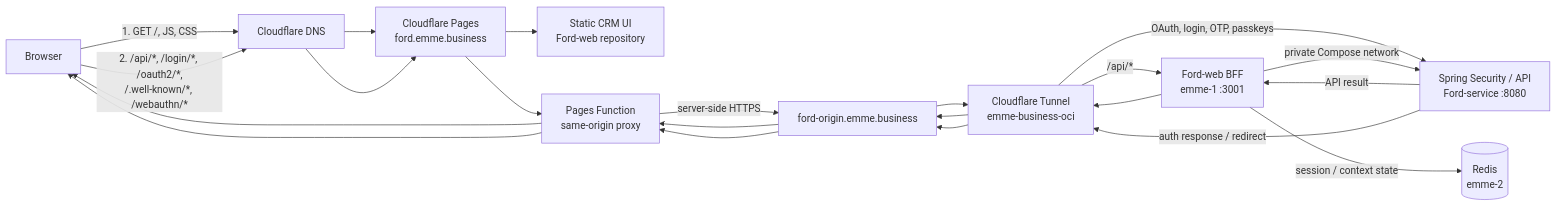
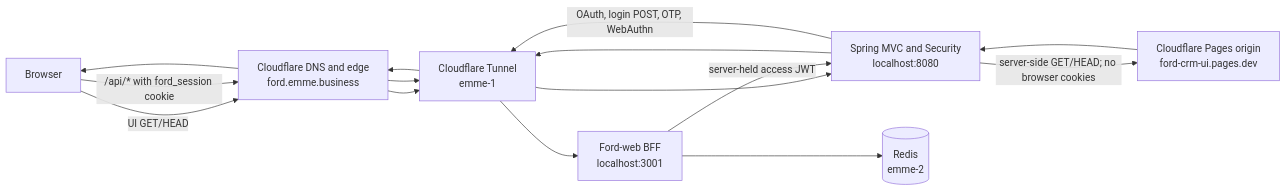
The diagram in docs/architecture/ford-pages-bff-routing.md (migangdelzar/Ford-web), drawn with Mermaid before and after one commit. The commit also changed other lines of this file, not shown here.

Commit message:
docs: document Spring UI proxy routing

````diff
--- a/docs/architecture/ford-pages-bff-routing.md
+++ b/docs/architecture/ford-pages-bff-routing.md
@@ -11,23 +11,18 @@
 ```mermaid
 flowchart LR
     U[Browser]
-    DNS[Cloudflare DNS]
-    P[Cloudflare Pages<br/>ford.emme.business]
-    A[Static CRM UI<br/>Ford-web repository]
-    F[Pages Function<br/>same-origin proxy]
-    O[ford-origin.emme.business]
-    T[Cloudflare Tunnel<br/>emme-business-oci]
-    BFF[Ford-web BFF<br/>emme-1 :3001]
-    S[Spring Security / API<br/>Ford-service :8080]
+    D[Cloudflare DNS and edge<br/>ford.emme.business]
+    T[Cloudflare Tunnel<br/>emme-1]
+    BFF[Ford-web BFF<br/>localhost:3001]
+    S[Spring MVC and Security<br/>localhost:8080]
+    P[Cloudflare Pages origin<br/>ford-crm-ui.pages.dev]
     R[(Redis<br/>emme-2)]
 
-    U -->|1. GET /, JS, CSS| DNS --> P --> A
-    U -->|2. /api/*, /login/*, /oauth2/*,<br/>/.well-known/*, /webauthn/*| DNS --> P --> F
-    F -->|server-side HTTPS| O --> T
-    T -->|/api/*| BFF
-    T -->|OAuth, login, OTP, passkeys| S
-    BFF -->|private Compose network| S
-    BFF -->|session / context state| R
-    S -->|API result| BFF --> T --> O --> F --> U
-    S -->|auth response / redirect| T --> O --> F --> U
+    U -->|UI GET/HEAD| D --> T --> S
+    S -->|server-side GET/HEAD; no browser cookies| P
+    P --> S --> T --> D --> U
+    U -->|/api/* with ford_session cookie| D --> T --> BFF
+    BFF -->|server-held access JWT| S
+    BFF --> R
+    S -->|OAuth, login POST, OTP, WebAuthn| T
 ```
````
